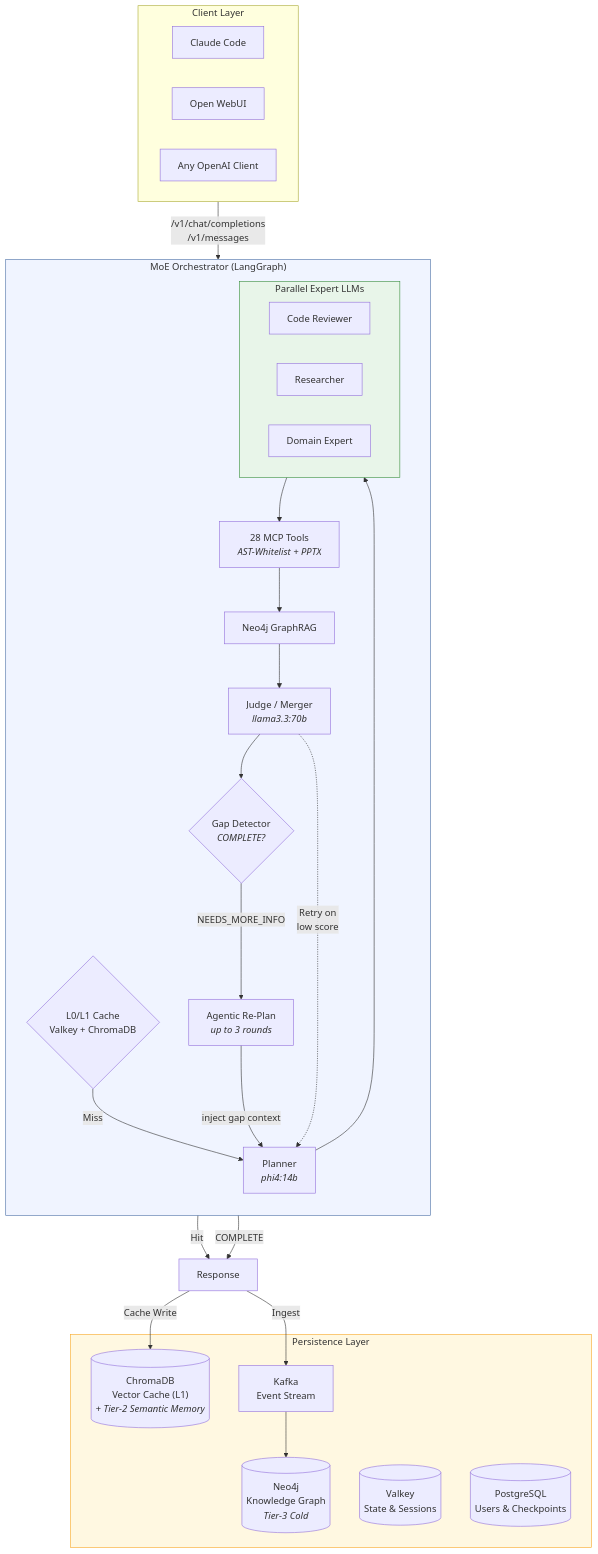
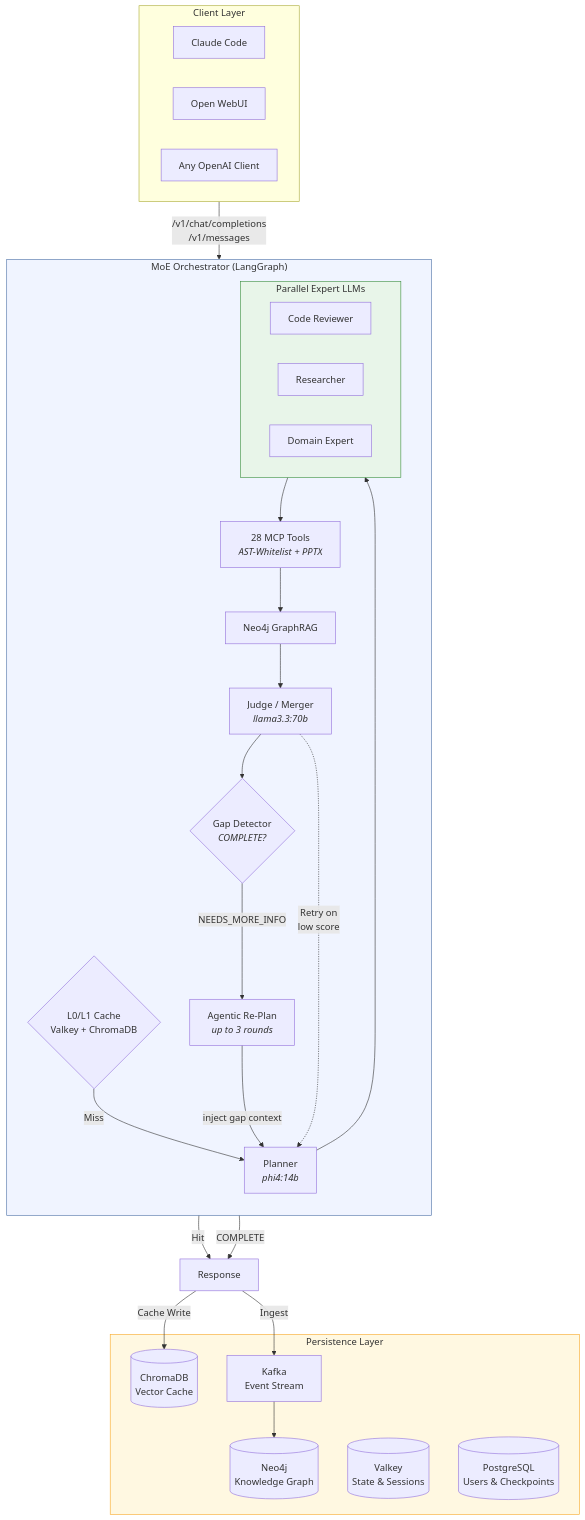
The first of 3 diagrams in README.md (h3rb3rn/moe-sovereign), drawn with Mermaid before and after one commit. The commit also changed other lines of this file and 1 other file, not shown here.

````diff
--- a/README.md
+++ b/README.md
@@ -31,54 +31,54 @@
 ```mermaid
 flowchart TD
     subgraph Clients["Client Layer"]
         CC["Claude Code"]
         OW["Open WebUI"]
         API["Any OpenAI Client"]
     end
 
     subgraph Orchestrator["MoE Orchestrator (LangGraph)"]
         direction TB
         Cache{"L0/L1 Cache<br/>Valkey + ChromaDB"}
         Planner["Planner<br/><i>phi4:14b</i>"]
         
         subgraph Experts["Parallel Expert LLMs"]
             E1["Code Reviewer"]
             E2["Researcher"]
             E3["Domain Expert"]
         end
 
         MCP["28 MCP Tools<br/><i>AST-Whitelist + PPTX</i>"]
         Graph["Neo4j GraphRAG"]
         Judge["Judge / Merger<br/><i>llama3.3:70b</i>"]
         GapCheck{"Gap Detector<br/><i>COMPLETE?</i>"}
         Replan["Agentic Re-Plan<br/><i>up to 3 rounds</i>"]
     end
 
     subgraph Storage["Persistence Layer"]
-        Neo4j[("Neo4j<br/>Knowledge Graph<br/><i>Tier-3 Cold</i>")]
-        Chroma[("ChromaDB<br/>Vector Cache (L1)<br/><i>+ Tier-2 Semantic Memory</i>")]
+        Neo4j[("Neo4j<br/>Knowledge Graph")]
+        Chroma[("ChromaDB<br/>Vector Cache")]
         Kafka["Kafka<br/>Event Stream"]
         Valkey[("Valkey<br/>State & Sessions")]
         PG[("PostgreSQL<br/>Users & Checkpoints")]
     end
 
     Clients -->|"/v1/chat/completions<br/>/v1/messages"| Cache
     Cache -->|Miss| Planner
     Cache -->|Hit| Response
     Planner --> Experts
     Experts --> MCP
     MCP --> Graph
     Graph --> Judge
     Judge --> GapCheck
     GapCheck -->|"COMPLETE"| Response["Response"]
     GapCheck -->|"NEEDS_MORE_INFO"| Replan
     Replan -->|"inject gap context"| Planner
     Response -->|Ingest| Kafka
     Kafka --> Neo4j
     Response -->|Cache Write| Chroma
     Judge -.->|"Retry on<br/>low score"| Planner
 
     style Orchestrator fill:#f0f4ff,stroke:#4a6fa5
     style Experts fill:#e8f5e9,stroke:#388e3c
     style Storage fill:#fff8e1,stroke:#f9a825
 ```
````
